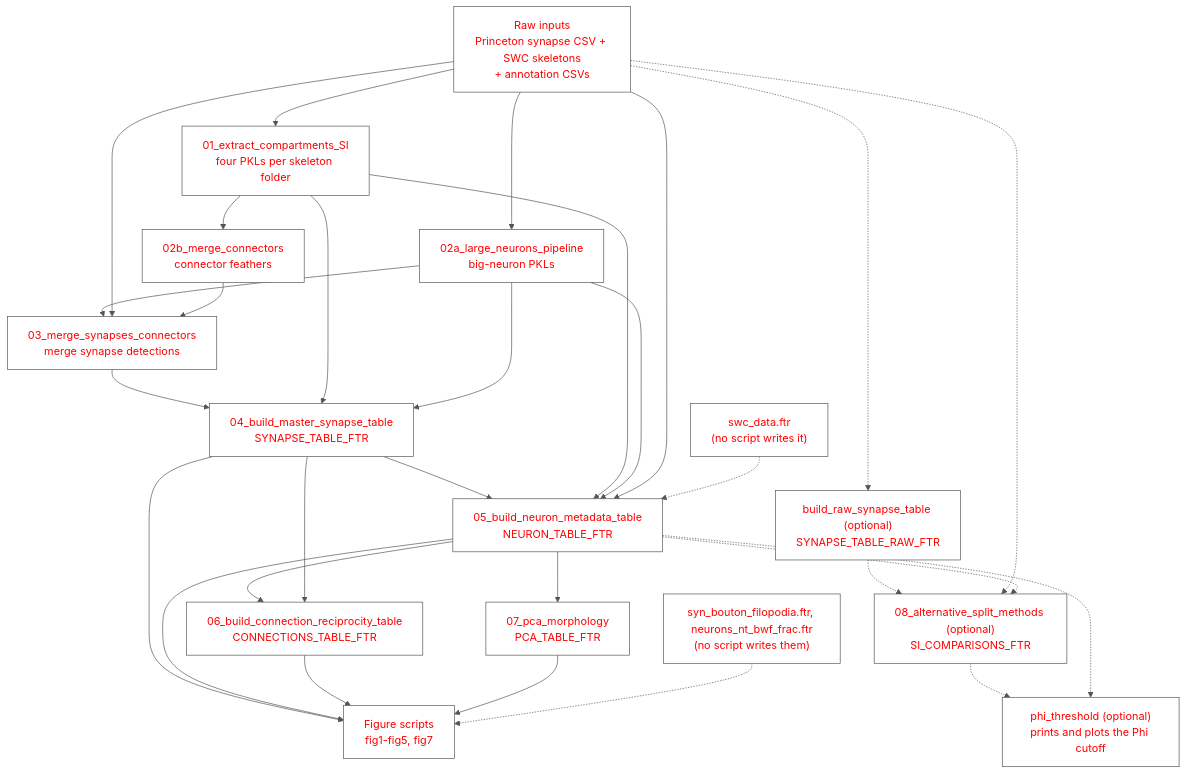
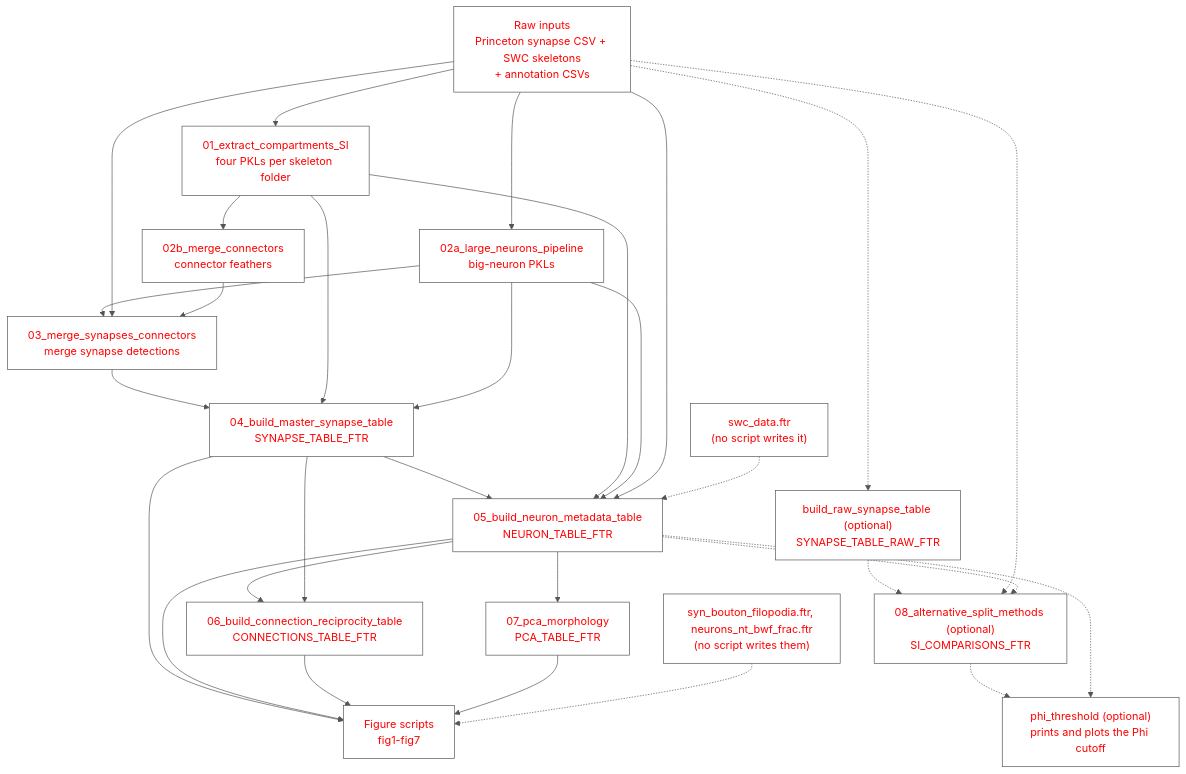
The diagram in docs/pipeline_overview.md (deutschlab/mixed-polarity-paper), drawn with Mermaid before and after one commit. The commit also changed 4 other files, not shown here.

Commit message:
Add the Figure 6 script, ported from the MATLAB analysis of specific circuits

````diff
--- a/docs/pipeline_overview.md
+++ b/docs/pipeline_overview.md
@@ -14,44 +14,44 @@
 ```mermaid
 %%{init: {'theme': 'base', 'themeVariables': {'primaryColor': '#ffffff', 'primaryTextColor': '#ff0000', 'primaryBorderColor': '#555555', 'lineColor': '#555555'}}}%%
 flowchart TD
     RAW["Raw inputs\nPrinceton synapse CSV + SWC skeletons\n+ annotation CSVs"]
     S01["01_extract_compartments_SI\nfour PKLs per skeleton folder"]
     S02A["02a_large_neurons_pipeline\nbig-neuron PKLs"]
     S02B["02b_merge_connectors\nconnector feathers"]
     S03["03_merge_synapses_connectors\nmerge synapse detections"]
     S04["04_build_master_synapse_table\nSYNAPSE_TABLE_FTR"]
     S05["05_build_neuron_metadata_table\nNEURON_TABLE_FTR"]
     S06["06_build_connection_reciprocity_table\nCONNECTIONS_TABLE_FTR"]
     S07["07_pca_morphology\nPCA_TABLE_FTR"]
     S08["08_alternative_split_methods (optional)\nSI_COMPARISONS_FTR"]
-    FIGS["Figure scripts\nfig1-fig5, fig7"]
+    FIGS["Figure scripts\nfig1-fig7"]
 
     RAW --> S01
     RAW --> S02A
     S01 --> S02B
     S02A --> S03
     RAW --> S03
     S02B --> S03
     S03 --> S04
     S01 --> S04
     S02A --> S04
     S04 --> S05
     S01 --> S05
     S02A --> S05
     RAW --> S05
     S05 --> S06
     S04 --> S06
     S05 --> S07
     S04 --> FIGS
     S05 --> FIGS
     S06 --> FIGS
     S07 --> FIGS
     RAW -.-> BUILDRAW["build_raw_synapse_table (optional)\nSYNAPSE_TABLE_RAW_FTR"]
     BUILDRAW -.-> S08
     SWCDATA["swc_data.ftr\n(no script writes it)"] -.-> S05
     FILO["syn_bouton_filopodia.ftr, neurons_nt_bwf_frac.ftr\n(no script writes them)"] -.-> FIGS
     RAW -.-> S08
     S05 -.-> S08
     S08 -.-> PHI["phi_threshold (optional)\nprints and plots the Phi cutoff"]
     S05 -.-> PHI
 ```
````
